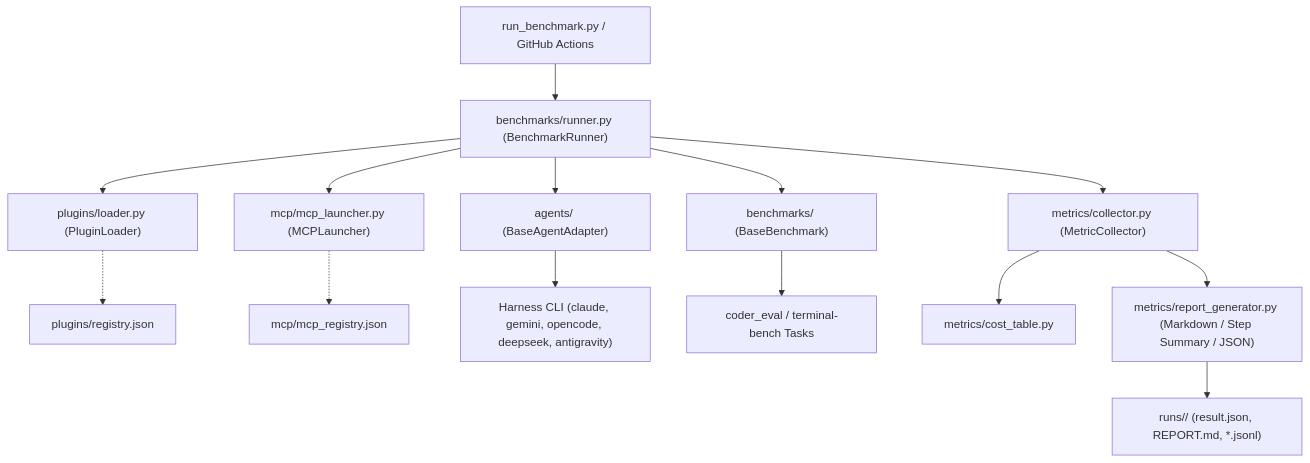
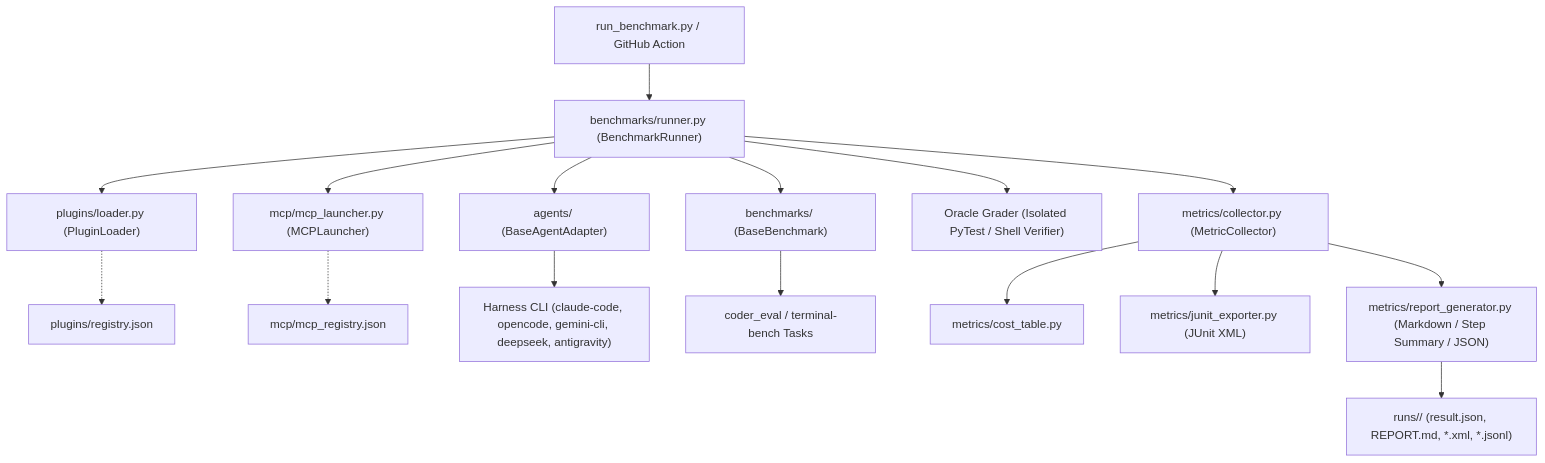
Before and after one commit to Heretek-AI/harness-benchmark: the diagram in README.md, drawn with Mermaid. The commit also changed other lines of this file and 37 other files, not shown here.

````diff
--- a/README.md
+++ b/README.md
@@ -26,19 +80,21 @@
 ```mermaid
 graph TD
-    CLI["run_benchmark.py / GitHub Actions"] --> Runner["benchmarks/runner.py (BenchmarkRunner)"]
+    CLI["run_benchmark.py / GitHub Action"] --> Runner["benchmarks/runner.py (BenchmarkRunner)"]
     Runner --> PluginLoader["plugins/loader.py (PluginLoader)"]
     Runner --> MCPLauncher["mcp/mcp_launcher.py (MCPLauncher)"]
     Runner --> AgentAdapter["agents/ (BaseAgentAdapter)"]
     Runner --> BenchmarkAdapter["benchmarks/ (BaseBenchmark)"]
     
     PluginLoader -.-> PluginReg["plugins/registry.json"]
     MCPLauncher -.-> MCPReg["mcp/mcp_registry.json"]
     
-    AgentAdapter --> Subprocess["Harness CLI (claude, gemini, opencode, deepseek, antigravity)"]
+    AgentAdapter --> Subprocess["Harness CLI (claude-code, opencode, gemini-cli, deepseek, antigravity)"]
     BenchmarkAdapter --> Tasks["coder_eval / terminal-bench Tasks"]
     
+    Runner --> Grader["Oracle Grader (Isolated PyTest / Shell Verifier)"]
     Runner --> Collector["metrics/collector.py (MetricCollector)"]
     Collector --> CostTable["metrics/cost_table.py"]
+    Collector --> Exporter["metrics/junit_exporter.py (JUnit XML)"]
     Collector --> Reporter["metrics/report_generator.py (Markdown / Step Summary / JSON)"]
-    Reporter --> Artifacts["runs/<run-id>/ (result.json, REPORT.md, *.jsonl)"]
+    Reporter --> Artifacts["runs/<run-id>/ (result.json, REPORT.md, *.xml, *.jsonl)"]
 ```
````
